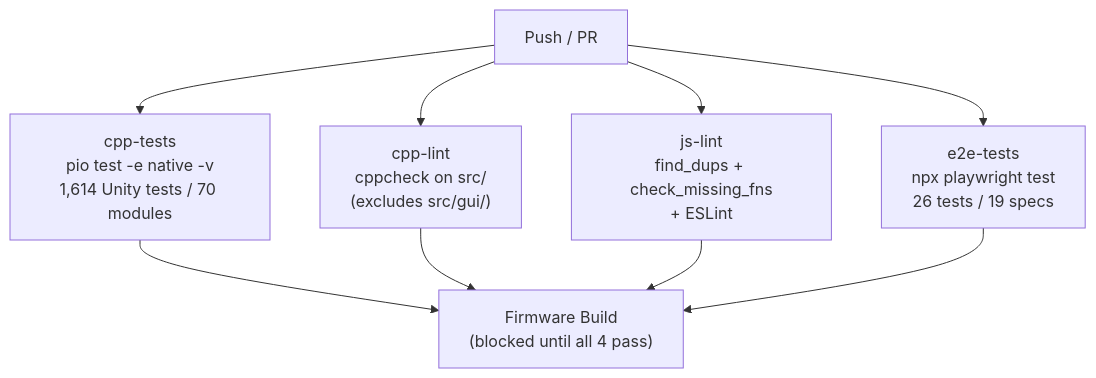
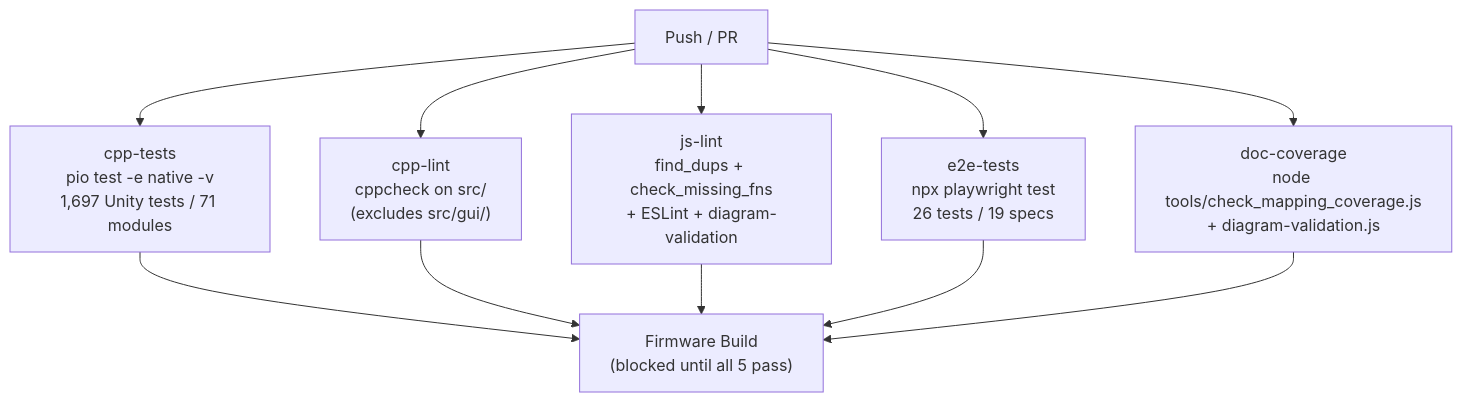
Before and after one commit to Schmackos/ALX_Nova_Controller_2: the diagram in docs-site/docs/developer/contributing.md, drawn with Mermaid. The commit also changed other lines of this file and 18 other files, not shown here.

First line of the commit message:
feat: diagram drift prevention — static validator, CI enforcement, doc fixes

````diff
--- a/docs-site/docs/developer/contributing.md
+++ b/docs-site/docs/developer/contributing.md
@@ -77,9 +79,10 @@
 ```mermaid
 flowchart TD
-    Push["Push / PR"] --> G1 & G2 & G3 & G4
-    G1["cpp-tests\npio test -e native -v\n1,614 Unity tests / 70 modules"]
+    Push["Push / PR"] --> G1 & G2 & G3 & G4 & G5
+    G1["cpp-tests\npio test -e native -v\n1,697 Unity tests / 71 modules"]
     G2["cpp-lint\ncppcheck on src/\n(excludes src/gui/)"]
-    G3["js-lint\nfind_dups + check_missing_fns\n+ ESLint"]
+    G3["js-lint\nfind_dups + check_missing_fns\n+ ESLint + diagram-validation"]
     G4["e2e-tests\nnpx playwright test\n26 tests / 19 specs"]
-    G1 & G2 & G3 & G4 --> Build["Firmware Build\n(blocked until all 4 pass)"]
+    G5["doc-coverage\nnode tools/check_mapping_coverage.js\n+ diagram-validation.js"]
+    G1 & G2 & G3 & G4 & G5 --> Build["Firmware Build\n(blocked until all 5 pass)"]
 ```
````
